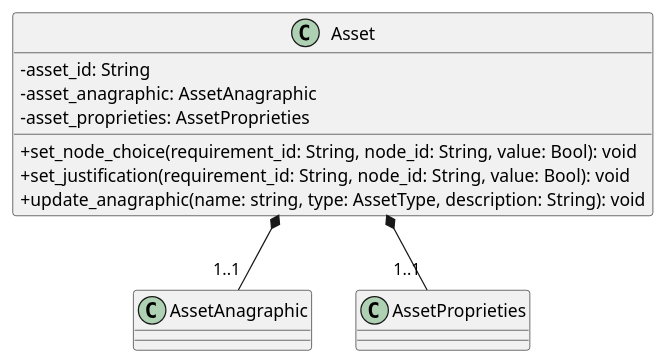
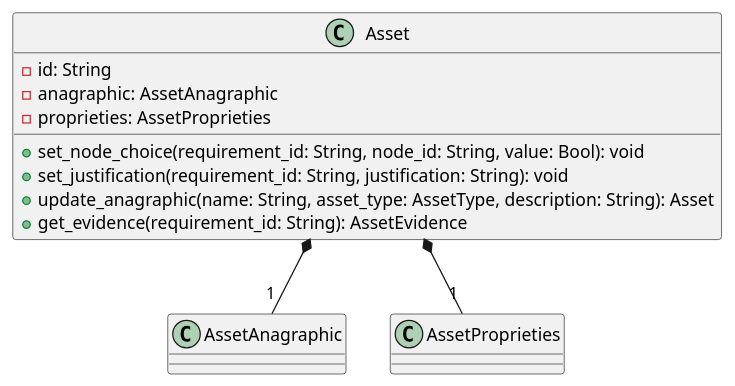
The diagram in src/PB/DocumentazioneEsterna/Specifica_Tecnica/content/uml/puml/Diagrammi_classi/Backend/Domain/Asset.puml (GroupRubberDuck/Documentazione), drawn with PlantUML before and after one commit. The commit also changed 24 other files, not shown here.

```diff
--- a/src/PB/DocumentazioneEsterna/Specifica_Tecnica/content/uml/puml/Diagrammi_classi/Backend/Domain/Asset.puml
+++ b/src/PB/DocumentazioneEsterna/Specifica_Tecnica/content/uml/puml/Diagrammi_classi/Backend/Domain/Asset.puml
@@ -1,15 +1,17 @@
 @startuml Asset
-skinparam classAttributeIconSize 0
+
 class Asset {
-    - asset_id: String
-    - asset_anagraphic: AssetAnagraphic
-    - asset_proprieties: AssetProprieties
+    - id: String
+    - anagraphic: AssetAnagraphic
+    - proprieties: AssetProprieties
+
     + set_node_choice(requirement_id: String, node_id: String, value: Bool): void
-    + set_justification(requirement_id: String, node_id: String, value: Bool): void
-    + update_anagraphic(name: string, type: AssetType, description: String): void
+    + set_justification(requirement_id: String, justification: String): void
+    + update_anagraphic(name: String, asset_type: AssetType, description: String): Asset
+    + get_evidence(requirement_id: String): AssetEvidence
 }
 
-Asset *-- "1..1" AssetAnagraphic
-Asset *-- "1..1" AssetProprieties
+Asset *-- "1" AssetAnagraphic
+Asset *-- "1" AssetProprieties
 
 @enduml
```
